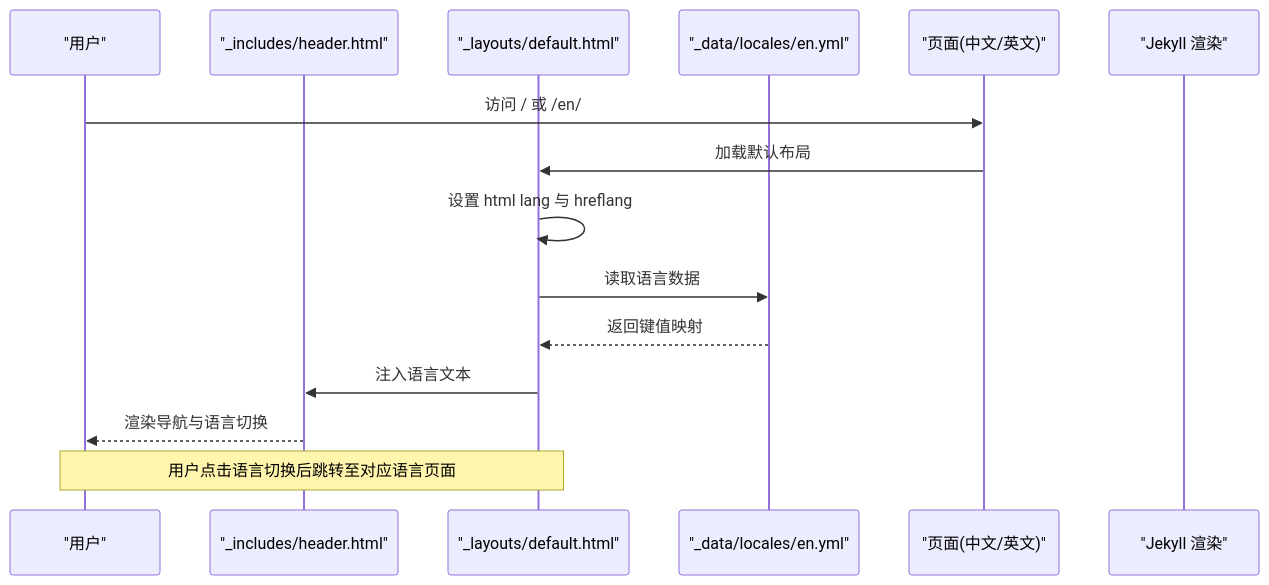
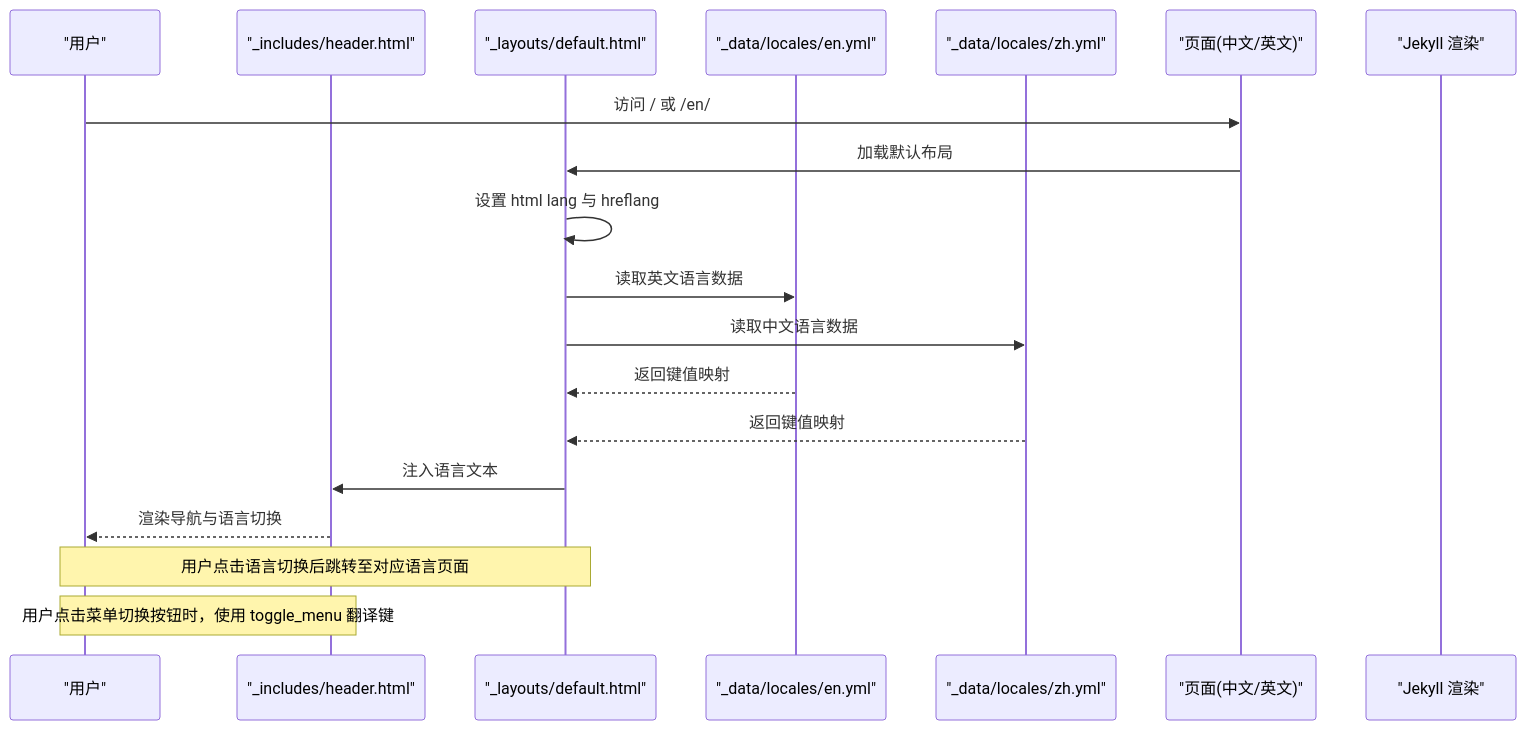
The second of 3 diagrams in .qoder/repowiki/zh/content/多语言支持系统.md (halfism/halfism.github.io), drawn with Mermaid before and after one commit. The commit also changed other lines of this file and 4 other files, not shown here.

````diff
--- a/.qoder/repowiki/zh/content/多语言支持系统.md
+++ b/.qoder/repowiki/zh/content/多语言支持系统.md
@@ -103,17 +119,21 @@
 ```mermaid
 sequenceDiagram
 participant U as "用户"
 participant H as "_includes/header.html"
 participant L as "_layouts/default.html"
-participant D as "_data/locales/en.yml"
+participant DE as "_data/locales/en.yml"
+participant DZ as "_data/locales/zh.yml"
 participant P as "页面(中文/英文)"
 participant J as "Jekyll 渲染"
 U->>P : 访问 / 或 /en/
 P->>L : 加载默认布局
 L->>L : 设置 html lang 与 hreflang
-L->>D : 读取语言数据
-D-->>L : 返回键值映射
+L->>DE : 读取英文语言数据
+L->>DZ : 读取中文语言数据
+DE-->>L : 返回键值映射
+DZ-->>L : 返回键值映射
 L->>H : 注入语言文本
 H-->>U : 渲染导航与语言切换
 note over U,L : 用户点击语言切换后跳转至对应语言页面
+note over U,H : 用户点击菜单切换按钮时，使用 toggle_menu 翻译键
 ```
````
